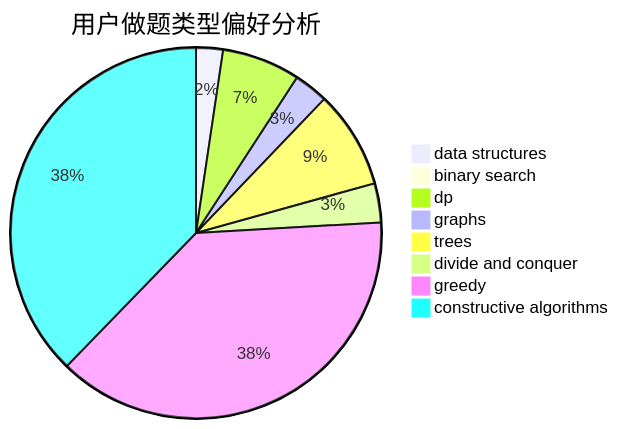
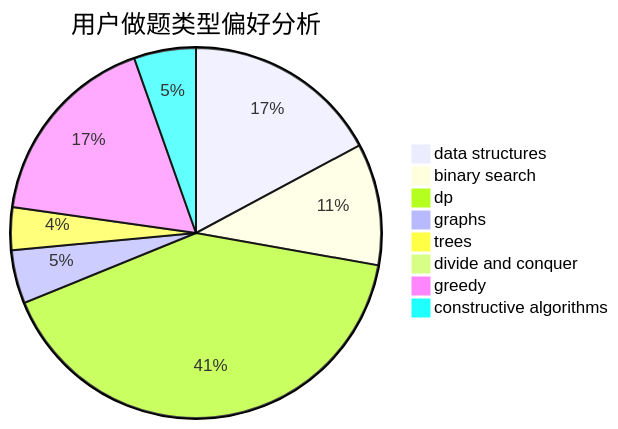
The second of 3 diagrams in docs/user/u2634.md (sherpahu/cfrs.github.io), drawn with Mermaid before and after one commit. The commit also changed other lines of this file and 2770 other files, not shown here.

````diff
--- a/docs/user/u2634.md
+++ b/docs/user/u2634.md
@@ -23,11 +23,11 @@
 ```mermaid
 pie title 用户做题类型偏好分析
-    "data structures" :  11
-    "binary search" :  1
-    "dp" :  32
-    "graphs" :  14
-    "trees" :  40
-    "divide and conquer" :  16
-    "greedy" :  179
-    "constructive algorithms" :  177
+    "data structures" :  92
+    "binary search" :  57
+    "dp" :  220
+    "graphs" :  25
+    "trees" :  20
+    "divide and conquer" :  0
+    "greedy" :  93
+    "constructive algorithms" :  29
 ```
````
